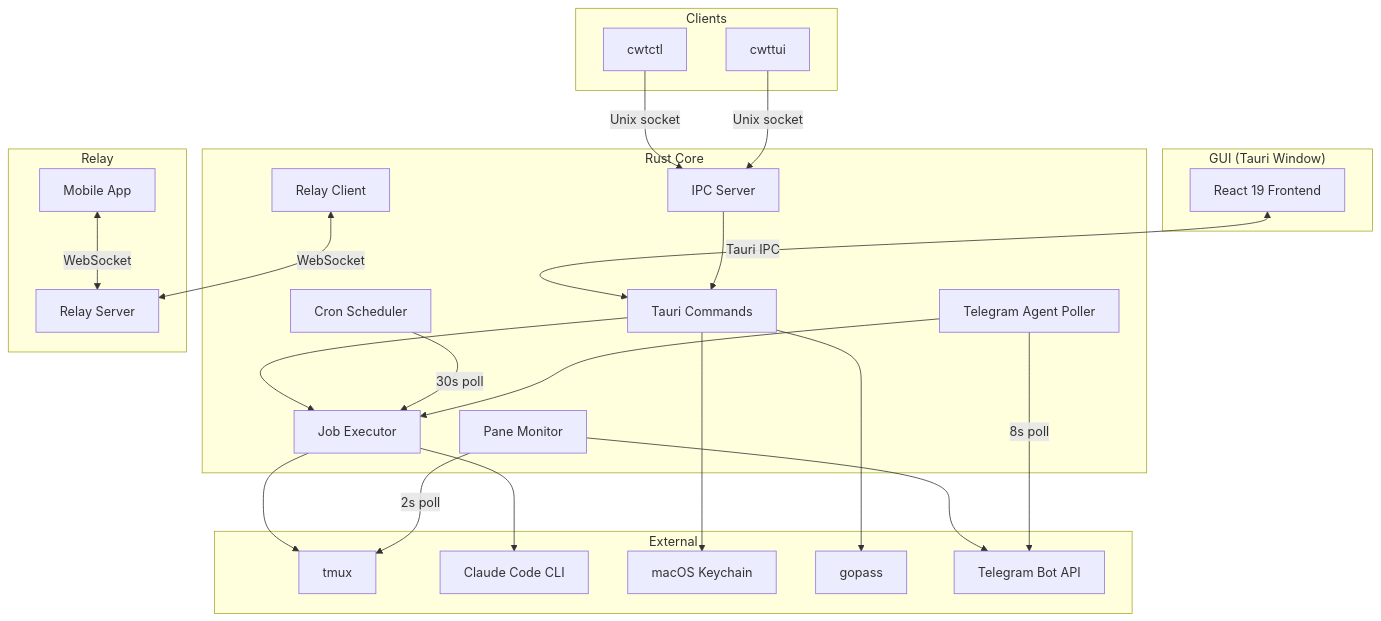
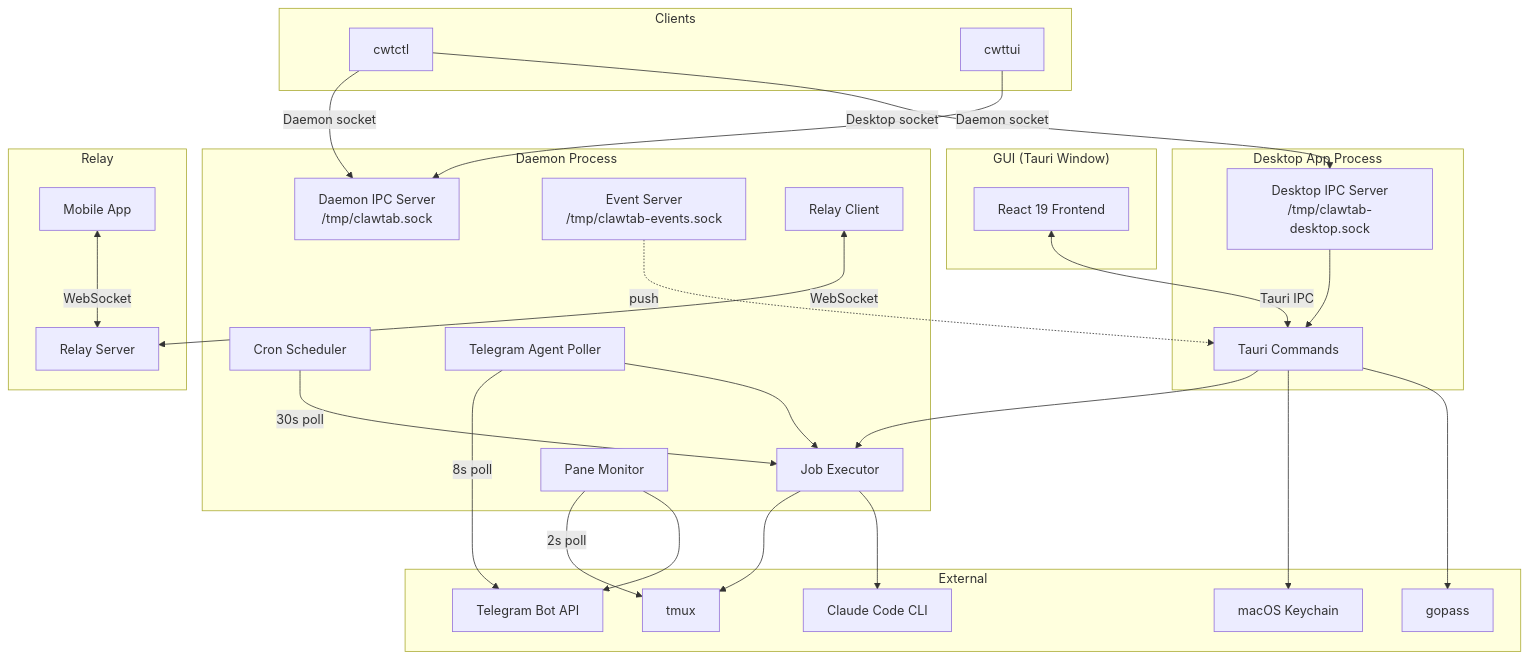
One commit to tonisives/clawtab changed the first of 2 diagrams in docs/architecture.md. Above: the diagram before and after it, drawn with Mermaid. The commit also changed other lines of this file and 10 other files, not shown here.

Commit message:
add desktop IPC

````diff
--- a/docs/architecture.md
+++ b/docs/architecture.md
@@ -5,51 +5,58 @@
 ```mermaid
 graph TB
     subgraph GUI["GUI (Tauri Window)"]
         React["React 19 Frontend"]
     end
 
-    subgraph Core["Rust Core"]
+    subgraph DesktopProc["Desktop App Process"]
         Commands["Tauri Commands"]
+        DesktopIpc["Desktop IPC Server\n/tmp/clawtab-desktop.sock"]
+    end
+
+    subgraph DaemonProc["Daemon Process"]
         Scheduler["Cron Scheduler"]
         Executor["Job Executor"]
         Monitor["Pane Monitor"]
-        IpcServer["IPC Server"]
+        IpcServer["Daemon IPC Server\n/tmp/clawtab.sock"]
+        EventServer["Event Server\n/tmp/clawtab-events.sock"]
         TgPoller["Telegram Agent Poller"]
         RelayConn["Relay Client"]
     end
 
     subgraph External["External"]
         Tmux["tmux"]
         Claude["Claude Code CLI"]
         Keychain["macOS Keychain"]
         Gopass["gopass"]
         TgAPI["Telegram Bot API"]
     end
 
     subgraph Relay["Relay"]
         RelayServer["Relay Server"]
         Mobile["Mobile App"]
     end
 
     subgraph Clients["Clients"]
         CLI["cwtctl"]
         TUI["cwttui"]
     end
 
     React <-->|Tauri IPC| Commands
     Commands --> Executor
     Scheduler -->|30s poll| Executor
     Executor --> Tmux
     Executor --> Claude
     Monitor -->|2s poll| Tmux
     Monitor --> TgAPI
     Commands --> Keychain
     Commands --> Gopass
     TgPoller -->|8s poll| TgAPI
     TgPoller --> Executor
-    CLI -->|Unix socket| IpcServer
-    TUI -->|Unix socket| IpcServer
-    IpcServer --> Commands
+    CLI -->|Daemon socket| IpcServer
+    CLI -->|Desktop socket| DesktopIpc
+    TUI -->|Daemon socket| IpcServer
+    DesktopIpc --> Commands
+    EventServer -.->|push| Commands
     RelayConn <-->|WebSocket| RelayServer
     Mobile <-->|WebSocket| RelayServer
 ```
````
